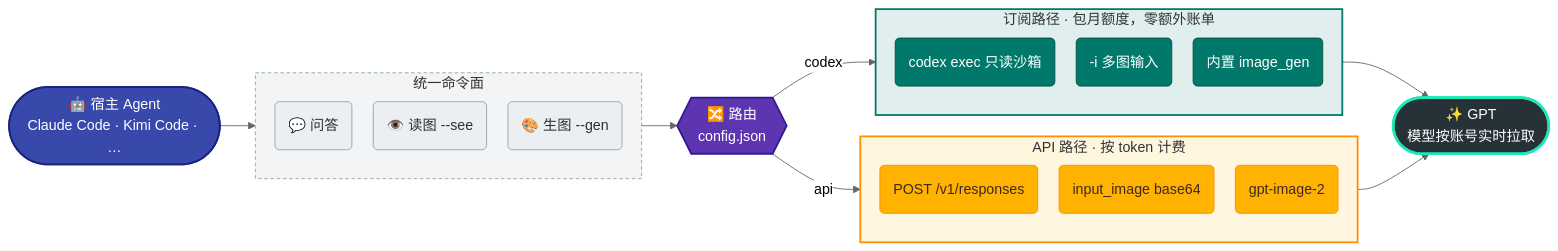
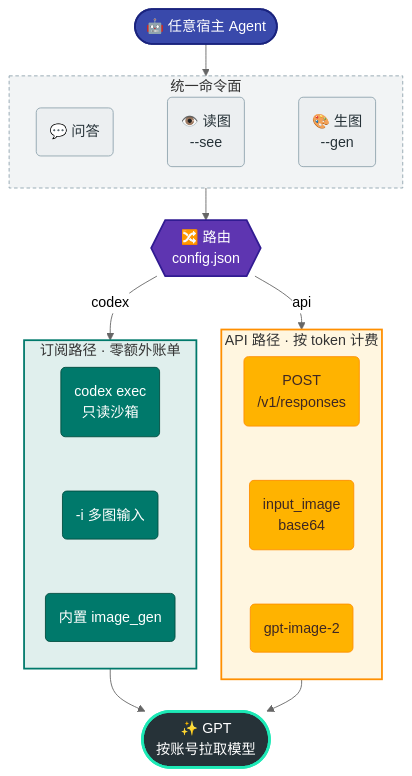
The third of 3 diagrams in README.md (Stefansong/ask-gpt), drawn with Mermaid (neutral theme) before and after one commit. The commit also changed other lines of this file, not shown here.

Commit message:
docs: 优化流程图与架构图的排版
- 架构图改为上下布局，两条路径左右并排，适配 README 宽度，文字不再过小
- 用不可见连线固定分组内节点顺序（此前无连线时被随机排列）
- 长标签手动断行，避免单字掉行
- 缩短判断节点文字，菱形更小、整图更紧凑
- 去掉未生效的 curve 配置

````diff
--- a/README.md
+++ b/README.md
@@ -164,53 +164,47 @@
 ```mermaid
-%%{init: {"flowchart": {"curve": "basis", "nodeSpacing": 24, "rankSpacing": 40}}}%%
-flowchart LR
-    AG(["🤖 宿主 Agent<br/>Claude Code · Kimi Code · …"])
+%%{init: {"flowchart": {"nodeSpacing": 28, "rankSpacing": 36}}}%%
+flowchart TB
+    AG(["🤖 任意宿主 Agent"])
 
     subgraph CMD["统一命令面"]
-        direction TB
-        Q("💬 问答")
-        V("👁️ 读图 --see")
-        P("🎨 生图 --gen")
+        direction LR
+        Q("💬 问答") ~~~ V("👁️ 读图<br/>--see") ~~~ P("🎨 生图<br/>--gen")
     end
 
     R{{"🔀 路由<br/>config.json"}}
 
-    subgraph SUBP["订阅路径 · 包月额度，零额外账单"]
+    subgraph SUBP["订阅路径 · 零额外账单"]
         direction TB
-        S1("codex exec 只读沙箱")
-        S2("-i 多图输入")
-        S3("内置 image_gen")
+        S1("codex exec<br/>只读沙箱") ~~~ S2("-i 多图输入") ~~~ S3("内置 image_gen")
     end
 
     subgraph APIP["API 路径 · 按 token 计费"]
         direction TB
-        A1("POST /v1/responses")
-        A2("input_image base64")
-        A3("gpt-image-2")
+        A1("POST<br/>/v1/responses") ~~~ A2("input_image<br/>base64") ~~~ A3("gpt-image-2")
     end
 
-    M(["✨ GPT<br/>模型按账号实时拉取"])
+    M(["✨ GPT<br/>按账号拉取模型"])
 
     AG --> CMD --> R
     R -->|codex| SUBP
     R -->|api| APIP
     SUBP --> M
     APIP --> M
 
     classDef agent  fill:#3949ab,stroke:#1a237e,color:#fff,stroke-width:2px
     classDef cmd    fill:#eceff1,stroke:#90a4ae,color:#263238
     classDef router fill:#5e35b1,stroke:#311b92,color:#fff,stroke-width:2px
     classDef sub    fill:#00796b,stroke:#004d40,color:#fff
     classDef api    fill:#ffb300,stroke:#ff8f00,color:#3e2723
     classDef gpt    fill:#263238,stroke:#1de9b6,color:#fff,stroke-width:3px
 
     class AG agent
     class Q,V,P cmd
     class R router
     class S1,S2,S3 sub
     class A1,A2,A3 api
     class M gpt
     style CMD  fill:#90a4ae1f,stroke:#90a4ae,stroke-dasharray:4 3
     style SUBP fill:#00796b1f,stroke:#00796b,stroke-width:2px
     style APIP fill:#ffb3001f,stroke:#ff8f00,stroke-width:2px
 ```
````
